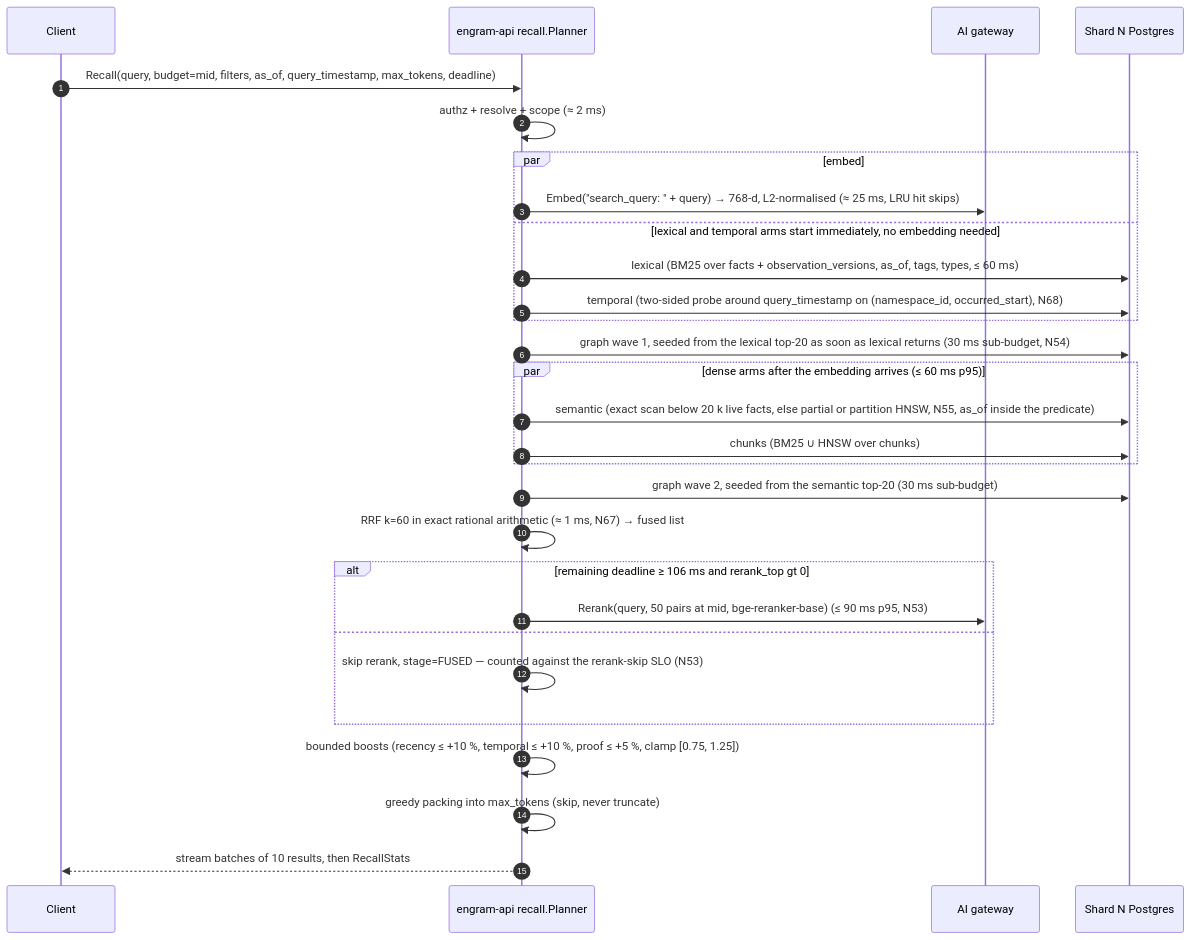
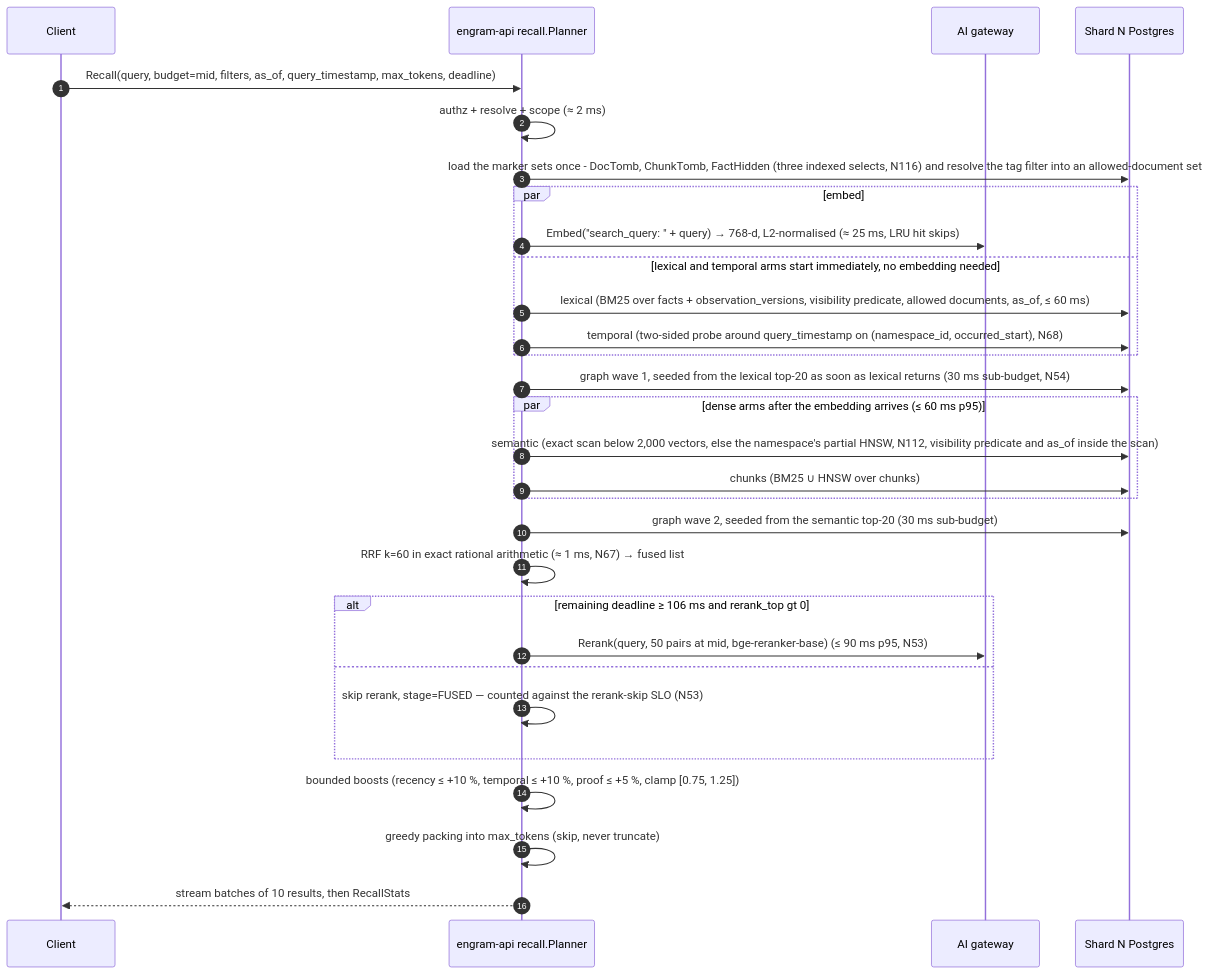
The fourth of 6 diagrams in plans/engram/sections/01-architecture.md (gstamatakis95/agent-memory-benchmark), drawn with Mermaid before and after one commit. The commit also changed other lines of this file and 15 other files, not shown here.

````diff
--- a/plans/engram/sections/01-architecture.md
+++ b/plans/engram/sections/01-architecture.md
@@ -346,32 +356,33 @@
 ```mermaid
 sequenceDiagram
   autonumber
   participant C as Client
   participant API as engram-api recall.Planner
   participant G as AI gateway
   participant DB as Shard N Postgres
 
   C->>API: Recall(query, budget=mid, filters, as_of, query_timestamp, max_tokens, deadline)
   API->>API: authz + resolve + scope (≈ 2 ms)
+  API->>DB: load the marker sets once - DocTomb, ChunkTomb, FactHidden (three indexed selects, N116) and resolve the tag filter into an allowed-document set
   par embed
     API->>G: Embed("search_query: " + query) → 768-d, L2-normalised (≈ 25 ms, LRU hit skips)
   and lexical and temporal arms start immediately, no embedding needed
-    API->>DB: lexical (BM25 over facts + observation_versions, as_of, tags, types, ≤ 60 ms)
+    API->>DB: lexical (BM25 over facts + observation_versions, visibility predicate, allowed documents, as_of, ≤ 60 ms)
     API->>DB: temporal (two-sided probe around query_timestamp on (namespace_id, occurred_start), N68)
   end
   API->>DB: graph wave 1, seeded from the lexical top-20 as soon as lexical returns (30 ms sub-budget, N54)
   par dense arms after the embedding arrives (≤ 60 ms p95)
-    API->>DB: semantic (exact scan below 20 k live facts, else partial or partition HNSW, N55, as_of inside the predicate)
+    API->>DB: semantic (exact scan below 2,000 vectors, else the namespace's partial HNSW, N112, visibility predicate and as_of inside the scan)
     API->>DB: chunks (BM25 ∪ HNSW over chunks)
   end
   API->>DB: graph wave 2, seeded from the semantic top-20 (30 ms sub-budget)
   API->>API: RRF k=60 in exact rational arithmetic (≈ 1 ms, N67) → fused list
   alt remaining deadline ≥ 106 ms and rerank_top gt 0
     API->>G: Rerank(query, 50 pairs at mid, bge-reranker-base) (≤ 90 ms p95, N53)
   else
     API->>API: skip rerank, stage=FUSED — counted against the rerank-skip SLO (N53)
   end
   API->>API: bounded boosts (recency ≤ +10 %, temporal ≤ +10 %, proof ≤ +5 %, clamp [0.75, 1.25])
   API->>API: greedy packing into max_tokens (skip, never truncate)
   API-->>C: stream batches of 10 results, then RecallStats
 ```
````
